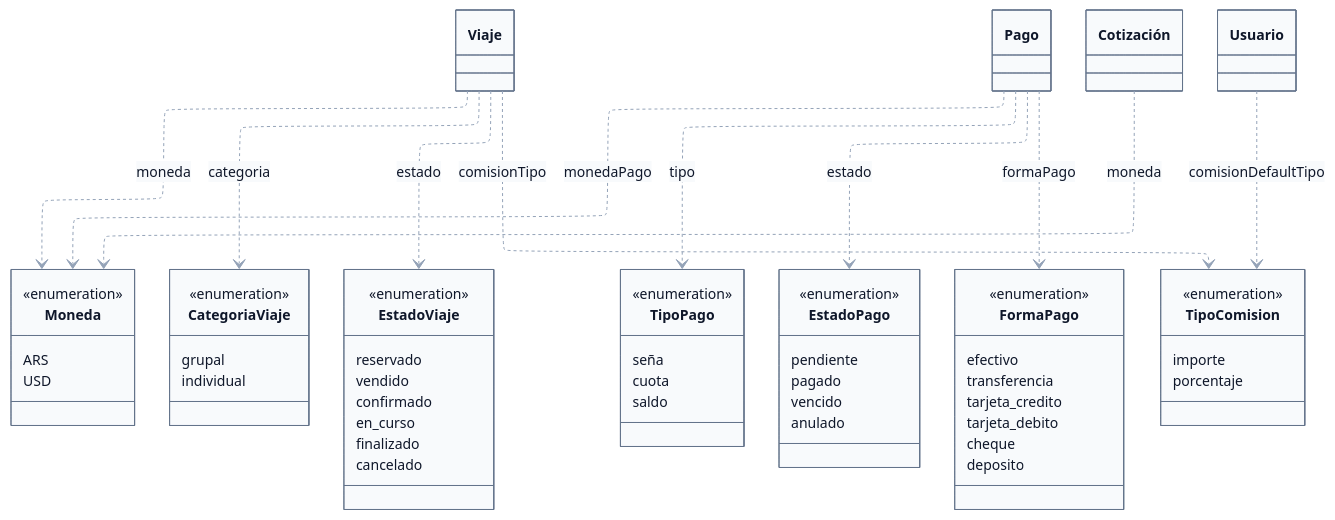
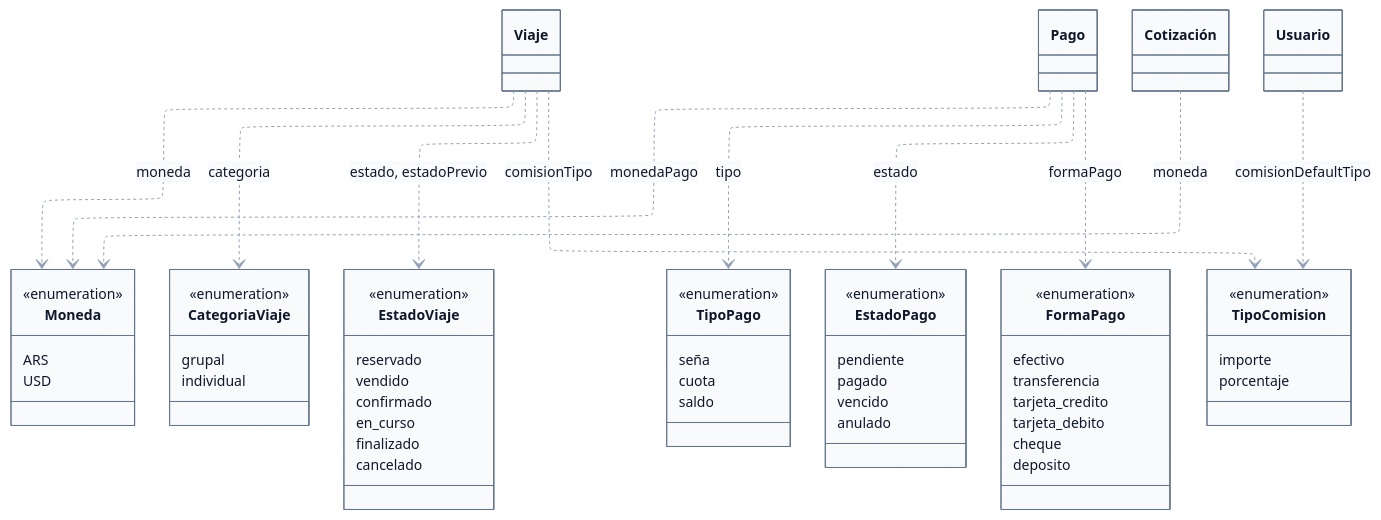
Before and after one commit to FranLuciano04/Vault-Rumbo: the third of 4 diagrams in 03-Dominio/Diagramas/DGM — Diagrama de clases.md, drawn with Mermaid. The commit also changed other lines of this file and 11 other files, not shown here.

Commit message:
DEC-0013: suma Usuario.activo y Viaje.estado_previo; SQL revalidado

````diff
--- a/03-Dominio/Diagramas/DGM — Diagrama de clases.md
+++ b/03-Dominio/Diagramas/DGM — Diagrama de clases.md
@@ -274,64 +276,64 @@
 ```mermaid
 %%{init: {'layout':'elk','elk':{'mergeEdges':false,'nodePlacementStrategy':'BRANDES_KOEPF'},'theme':'base','themeVariables':{'fontFamily':'Segoe UI, Arial, sans-serif','fontSize':'14px','primaryColor':'#f8fafc','primaryBorderColor':'#64748b','primaryTextColor':'#0f172a','lineColor':'#94a3b8'}}}%%
 classDiagram
     direction TB
     class Viaje
     class Pago
     class Cotizacion["Cotización"]
     class Moneda {
         <<enumeration>>
         ARS
         USD
     }
     class CategoriaViaje {
         <<enumeration>>
         grupal
         individual
     }
     class EstadoViaje {
         <<enumeration>>
         reservado
         vendido
         confirmado
         en_curso
         finalizado
         cancelado
     }
     class TipoPago {
         <<enumeration>>
         seña
         cuota
         saldo
     }
     class EstadoPago {
         <<enumeration>>
         pendiente
         pagado
         vencido
         anulado
     }
     class FormaPago {
         <<enumeration>>
         efectivo
         transferencia
         tarjeta_credito
         tarjeta_debito
         cheque
         deposito
     }
     class TipoComision {
         <<enumeration>>
         importe
         porcentaje
     }
     Viaje ..> CategoriaViaje : categoria
-    Viaje ..> EstadoViaje : estado
+    Viaje ..> EstadoViaje : estado, estadoPrevio
     Viaje ..> Moneda : moneda
     Cotizacion ..> Moneda : moneda
     Pago ..> Moneda : monedaPago
     Pago ..> TipoPago : tipo
     Pago ..> EstadoPago : estado
     Pago ..> FormaPago : formaPago
     Viaje ..> TipoComision : comisionTipo
     Usuario ..> TipoComision : comisionDefaultTipo
 ```
````
